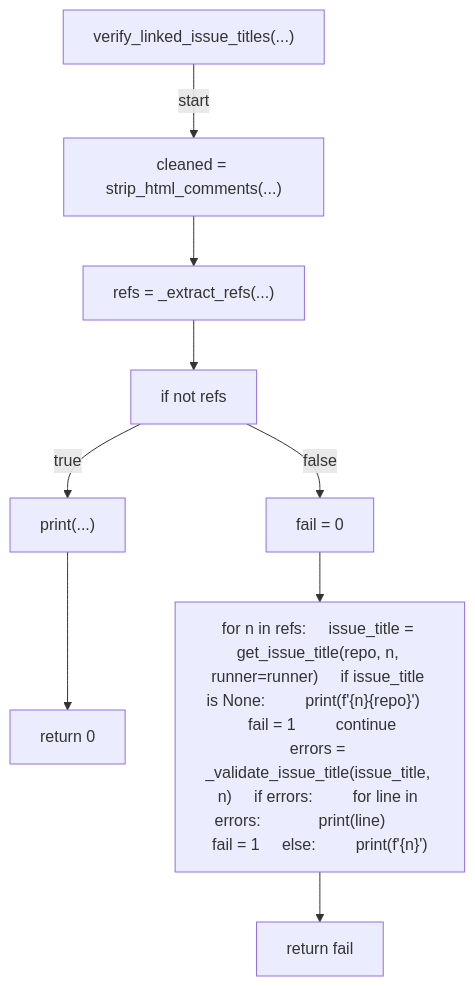
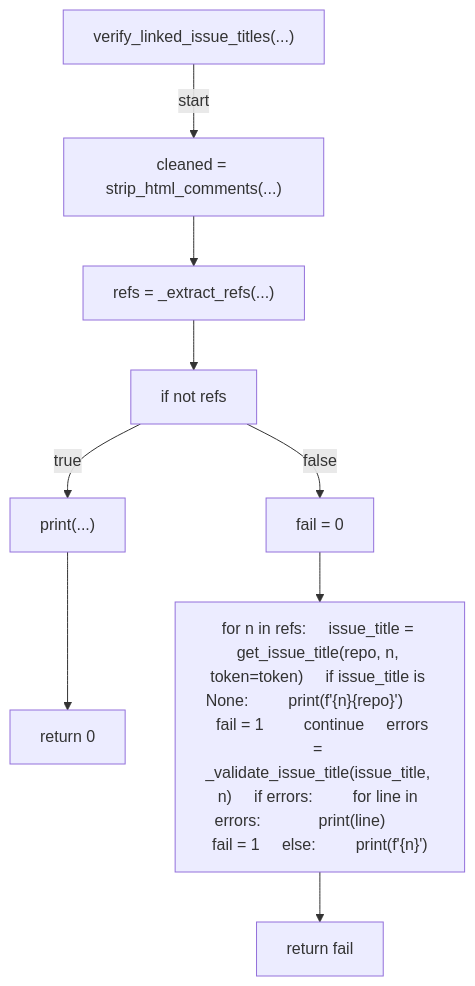
The fourth of 6 diagrams in docs/generated/scripts/ast/verify_linked_issue_titles.md (tvna/claude-md), drawn with Mermaid before and after one commit. The commit also changed other lines of this file and 15 other files, not shown here.

First line of the commit message:
docs(generated): regenerate decision tree and workflow diagrams

````diff
--- a/docs/generated/scripts/ast/verify_linked_issue_titles.md
+++ b/docs/generated/scripts/ast/verify_linked_issue_titles.md
@@ -78,20 +81,20 @@
 ```mermaid
 flowchart TD
     N001["verify_linked_issue_titles(...)"]
     N002["cleaned = strip_html_comments(...)"]
     N003["refs = _extract_refs(...)"]
     N004["if not refs"]
     N005["print(...)"]
     N006["return 0"]
     N007["fail = 0"]
-    N008["for n in refs:     issue_title = get_issue_title(repo, n, runner=runner)     if issue_title is None:         print(f'<str>{n}<str>{repo}<str>')         fail = 1         continue     errors = _validate_issue_title(issue_title, n)     if errors:         for line in errors:             print(line)         fail = 1     else:         print(f'<str>{n}<str>')"]
+    N008["for n in refs:     issue_title = get_issue_title(repo, n, token=token)     if issue_title is None:         print(f'<str>{n}<str>{repo}<str>')         fail = 1         continue     errors = _validate_issue_title(issue_title, n)     if errors:         for line in errors:             print(line)         fail = 1     else:         print(f'<str>{n}<str>')"]
     N009["return fail"]
     N001 -->|"start"| N002
     N002 --> N003
     N003 --> N004
     N004 -->|"true"| N005
     N005 --> N006
     N004 -->|"false"| N007
     N007 --> N008
     N008 --> N009
 ```
````
